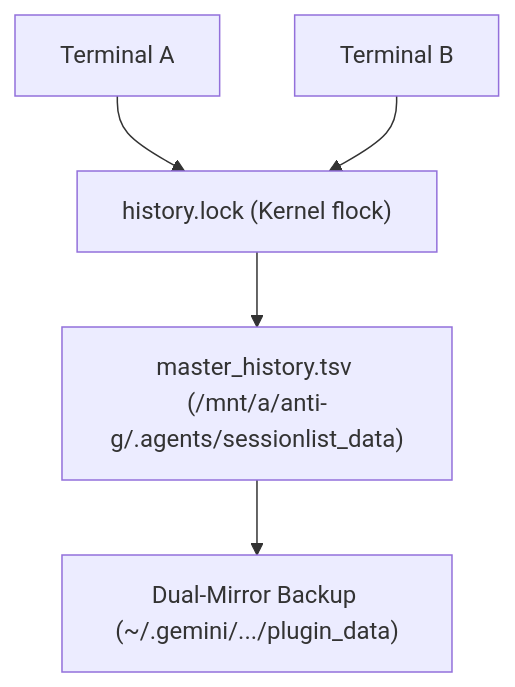
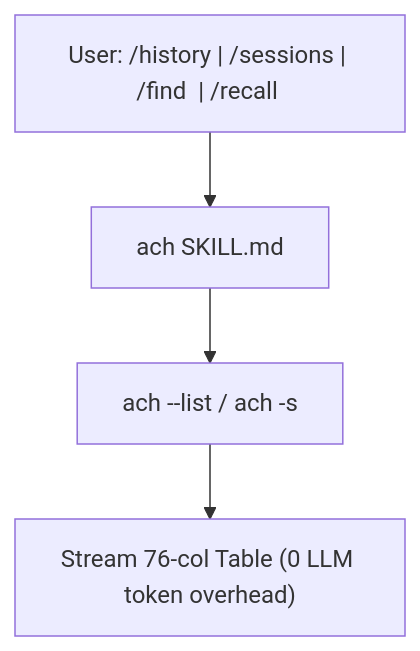
One commit to AshraArc/-antigravity-chat-manager changed the third of 3 diagrams in README.md. Above: the diagram before and after it, drawn with Mermaid. The commit also changed other lines of this file and 15 other files, not shown here.

Commit message:
refactor: shift 100% to SQLite (remove TSV), rename sessionlist to ach, and overhaul README

````diff
--- a/README.md
+++ b/README.md
@@ -123,7 +83,6 @@
 ```mermaid
 flowchart TD
-    T1["Terminal A"] --> LK["history.lock (Kernel flock)"]
-    T2["Terminal B"] --> LK
-    LK --> TSV["master_history.tsv (/mnt/a/anti-g/.agents/sessionlist_data)"]
-    TSV --> MIR["Dual-Mirror Backup (~/.gemini/.../plugin_data)"]
+    Prompt["User: /history | /sessions | /find <query> | /recall <query>"] --> Skill["ach SKILL.md"]
+    Skill --> Cmd["ach --list  /  ach -s <query>"]
+    Cmd --> Stream["Stream 76-col Table (0 LLM token overhead)"]
 ```
````
